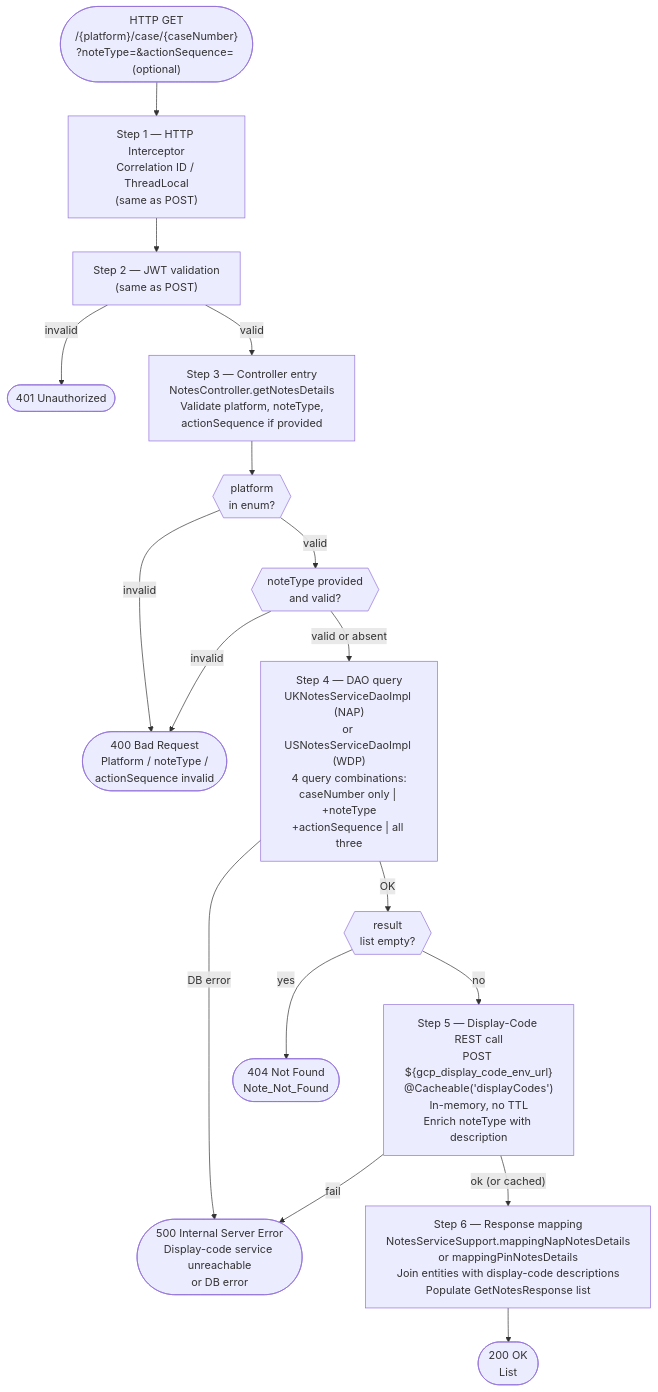
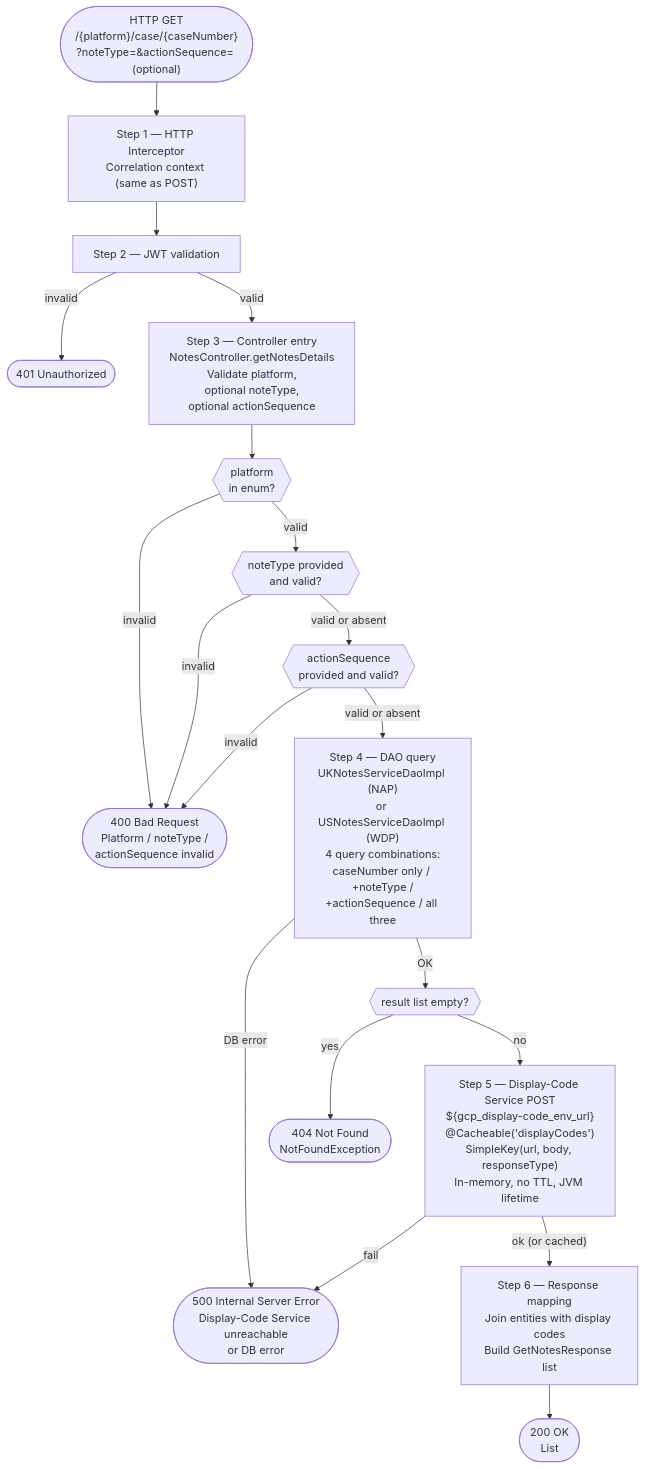
The second of 2 diagrams in components/WDP-COMP-25-NOTES-SERVICE.md (Ramas0409/DISPUTE-DOCUMENTS), drawn with Mermaid before and after one commit. The commit also changed other lines of this file and 4 other files, not shown here.

````diff
--- a/components/WDP-COMP-25-NOTES-SERVICE.md
+++ b/components/WDP-COMP-25-NOTES-SERVICE.md
@@ -167,41 +178,44 @@
 ```mermaid
 flowchart TD
-    IN2(["HTTP GET\n/{platform}/case/{caseNumber}\n?noteType=&actionSequence= (optional)"])
+    IN2(["HTTP GET<br/>/{platform}/case/{caseNumber}<br/>?noteType=&actionSequence= (optional)"])
 
-    G1["Step 1 — HTTP Interceptor\nCorrelation ID / ThreadLocal\n(same as POST)"]
-    G2["Step 2 — JWT validation\n(same as POST)"]
-    G3["Step 3 — Controller entry\nNotesController.getNotesDetails\nValidate platform, noteType,\nactionSequence if provided"]
+    G1["Step 1 — HTTP Interceptor<br/>Correlation context (same as POST)"]
+    G2["Step 2 — JWT validation"]
+    G3["Step 3 — Controller entry<br/>NotesController.getNotesDetails<br/>Validate platform,<br/>optional noteType,<br/>optional actionSequence"]
 
-    D_GPLAT{{"platform\nin enum?"}}
-    D_GNT{{"noteType provided\nand valid?"}}
+    D_GPLAT{{"platform<br/>in enum?"}}
+    D_GNT{{"noteType provided<br/>and valid?"}}
+    D_GAS{{"actionSequence<br/>provided and valid?"}}
 
-    G4["Step 4 — DAO query\nUKNotesServiceDaoImpl (NAP)\nor USNotesServiceDaoImpl (WDP)\n4 query combinations:\ncaseNumber only | +noteType\n+actionSequence | all three"]
+    G4["Step 4 — DAO query<br/>UKNotesServiceDaoImpl (NAP)<br/>or USNotesServiceDaoImpl (WDP)<br/>4 query combinations:<br/>caseNumber only / +noteType /<br/>+actionSequence / all three"]
 
-    D_EMPTY{{"result\nlist empty?"}}
+    D_EMPTY{{"result list empty?"}}
 
-    G5["Step 5 — Display-Code REST call\nPOST ${gcp_display_code_env_url}\n@Cacheable('displayCodes')\nIn-memory, no TTL\nEnrich noteType with description"]
+    G5["Step 5 — Display-Code Service POST<br/>${gcp_display-code_env_url}<br/>@Cacheable('displayCodes')<br/>SimpleKey(url, body, responseType)<br/>In-memory, no TTL, JVM lifetime"]
 
-    G6["Step 6 — Response mapping\nNotesServiceSupport.mappingNapNotesDetails\nor mappingPinNotesDetails\nJoin entities with display-code descriptions\nPopulate GetNotesResponse list"]
+    G6["Step 6 — Response mapping<br/>Join entities with display codes<br/>Build GetNotesResponse list"]
 
     E401G(["401 Unauthorized"])
-    E400G(["400 Bad Request\nPlatform / noteType /\nactionSequence invalid"])
-    E404G(["404 Not Found\nNote_Not_Found"])
-    E500G(["500 Internal Server Error\nDisplay-code service unreachable\nor DB error"])
-    OUT2(["200 OK\nList<GetNotesResponse>"])
+    E400G(["400 Bad Request<br/>Platform / noteType /<br/>actionSequence invalid"])
+    E404G(["404 Not Found<br/>NotFoundException"])
+    E500G(["500 Internal Server Error<br/>Display-Code Service unreachable<br/>or DB error"])
+    OUT2(["200 OK<br/>List<GetNotesResponse>"])
 
     IN2 --> G1 --> G2
     G2 -->|"invalid"| E401G
     G2 -->|"valid"| G3
     G3 --> D_GPLAT
     D_GPLAT -->|"invalid"| E400G
     D_GPLAT -->|"valid"| D_GNT
     D_GNT -->|"invalid"| E400G
-    D_GNT -->|"valid or absent"| G4
+    D_GNT -->|"valid or absent"| D_GAS
+    D_GAS -->|"invalid"| E400G
+    D_GAS -->|"valid or absent"| G4
     G4 -->|"DB error"| E500G
     G4 -->|"OK"| D_EMPTY
     D_EMPTY -->|"yes"| E404G
     D_EMPTY -->|"no"| G5
     G5 -->|"fail"| E500G
     G5 -->|"ok (or cached)"| G6
     G6 --> OUT2
 ```
````
